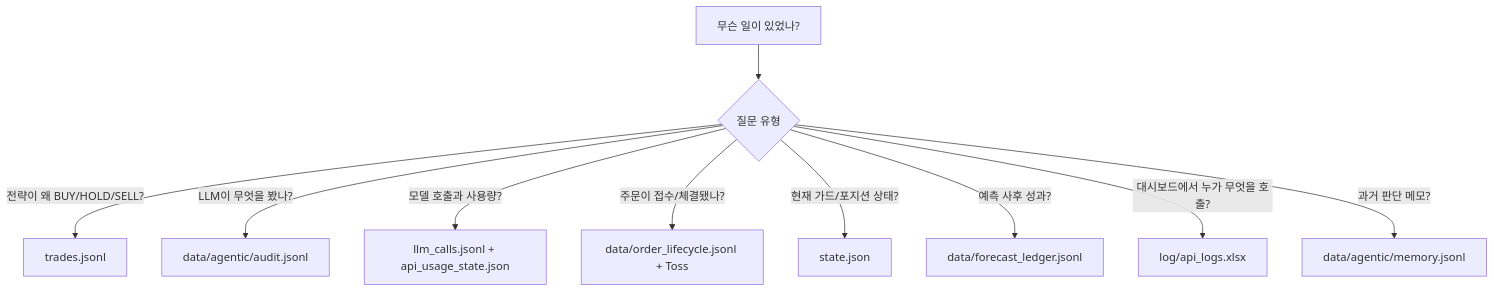
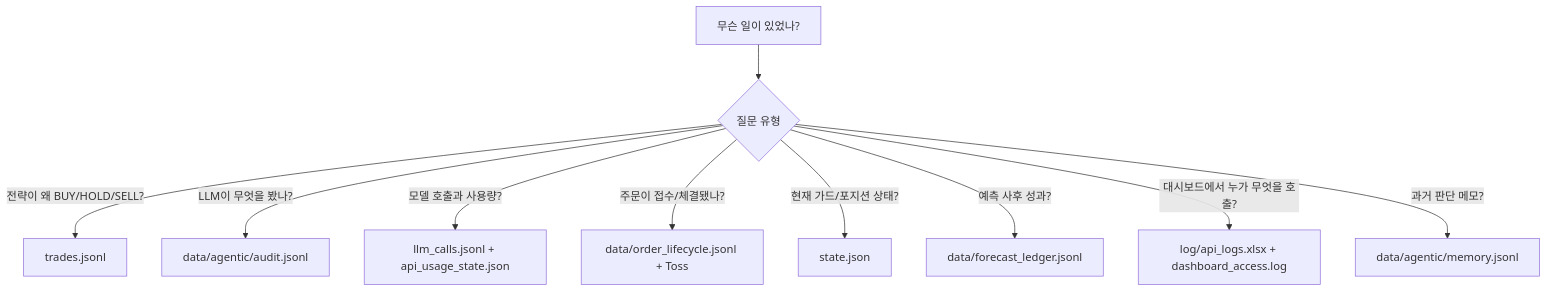
One commit to leehj24/RIO changed the first of 2 diagrams in system/10_로그감사장애복구및운영점검.md. Above: the diagram before and after it, drawn with Mermaid. The commit also changed other lines of this file and 40 other files, not shown here.

````diff
--- a/system/10_로그감사장애복구및운영점검.md
+++ b/system/10_로그감사장애복구및운영점검.md
@@ -9,12 +9,12 @@
 ```mermaid
 flowchart TD
     Q[무슨 일이 있었나?] --> A{질문 유형}
     A -->|전략이 왜 BUY/HOLD/SELL?| T[trades.jsonl]
     A -->|LLM이 무엇을 봤나?| AU[data/agentic/audit.jsonl]
     A -->|모델 호출과 사용량?| LL[llm_calls.jsonl + api_usage_state.json]
     A -->|주문이 접수/체결됐나?| OL[data/order_lifecycle.jsonl + Toss]
     A -->|현재 가드/포지션 상태?| ST[state.json]
     A -->|예측 사후 성과?| FL[data/forecast_ledger.jsonl]
-    A -->|대시보드에서 누가 무엇을 호출?| XL[log/api_logs.xlsx]
+    A -->|대시보드에서 누가 무엇을 호출?| XL[log/api_logs.xlsx + dashboard_access.log]
     A -->|과거 판단 메모?| MM[data/agentic/memory.jsonl]
 ```
````
